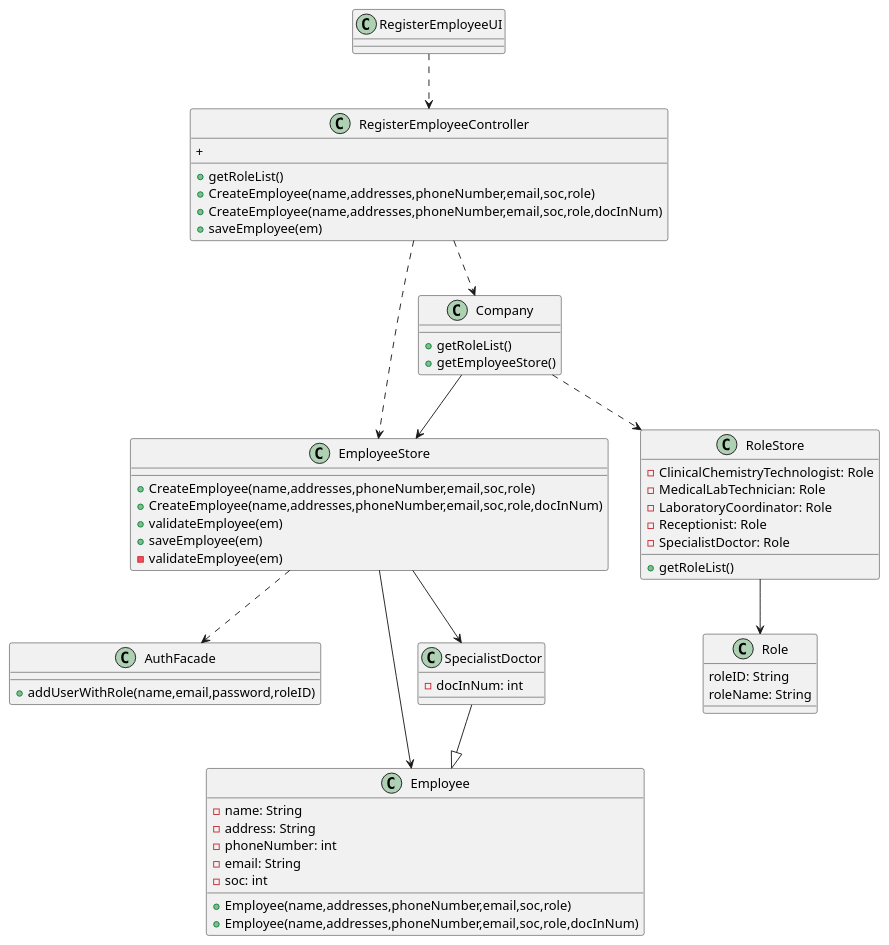
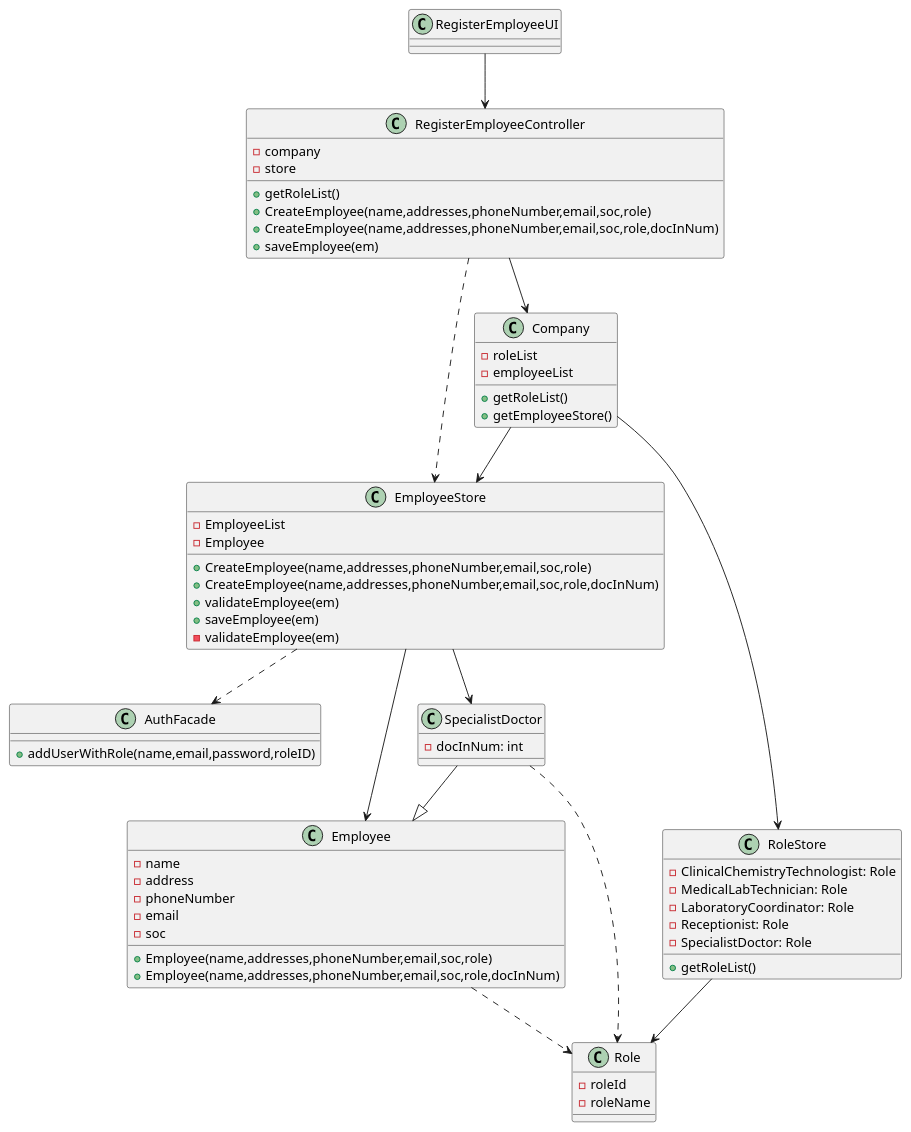
Before and after one commit to MarianaCLages/LAPR2: the diagram in docs/SprintB/US7/US07_CD.puml, drawn with PlantUML. The commit also changed 11 other files, not shown here.

Commit message:
Updates on classes diagrams

```diff
--- a/docs/SprintB/US7/US07_CD.puml
+++ b/docs/SprintB/US7/US07_CD.puml
@@ -1,71 +1,76 @@
 @startuml
 'https://plantuml.com/class-diagram
 
 class RegisterEmployeeUI{
 }
 
 class RegisterEmployeeController{
+-company
+-store
 +getRoleList()
 +CreateEmployee(name,addresses,phoneNumber,email,soc,role)
 +CreateEmployee(name,addresses,phoneNumber,email,soc,role,docInNum)
 +saveEmployee(em)
-+
 }
 
 class AuthFacade{
 +addUserWithRole(name,email,password,roleID)
 }
 
 class Company{
+-roleList
+-employeeList
 +getRoleList()
 +getEmployeeStore()
 }
 
 class EmployeeStore{
+-EmployeeList
+-Employee
 +CreateEmployee(name,addresses,phoneNumber,email,soc,role)
 +CreateEmployee(name,addresses,phoneNumber,email,soc,role,docInNum)
 +validateEmployee(em)
 +saveEmployee(em)
 -validateEmployee(em)
 }
 
 class Employee{
--name: String
--address: String
--phoneNumber: int
--email: String
--soc: int
+-name
+-address
+-phoneNumber
+-email
+-soc
 +Employee(name,addresses,phoneNumber,email,soc,role)
 +Employee(name,addresses,phoneNumber,email,soc,role,docInNum)
 }
 
 class RoleStore{
 -ClinicalChemistryTechnologist: Role
 -MedicalLabTechnician: Role
 -LaboratoryCoordinator: Role
 -Receptionist: Role
 -SpecialistDoctor: Role
 +getRoleList()
 }
 
 class SpecialistDoctor{
 -docInNum: int
 }
 class Role{
-roleID: String
-roleName: String
+-roleId
+-roleName
 }
 EmployeeStore --> SpecialistDoctor
 RegisterEmployeeController ..> EmployeeStore
-RegisterEmployeeUI ..> RegisterEmployeeController
-RegisterEmployeeController ..> Company
-Company ..> RoleStore
+RegisterEmployeeUI --> RegisterEmployeeController
+RegisterEmployeeController --> Company
+Company --> RoleStore
 EmployeeStore ..> AuthFacade
 Company --> EmployeeStore
 EmployeeStore --> Employee
 SpecialistDoctor --|> Employee
 RoleStore --> Role
-
-
+SpecialistDoctor ..> Role
+Employee ..> Role
 
 @enduml
```
